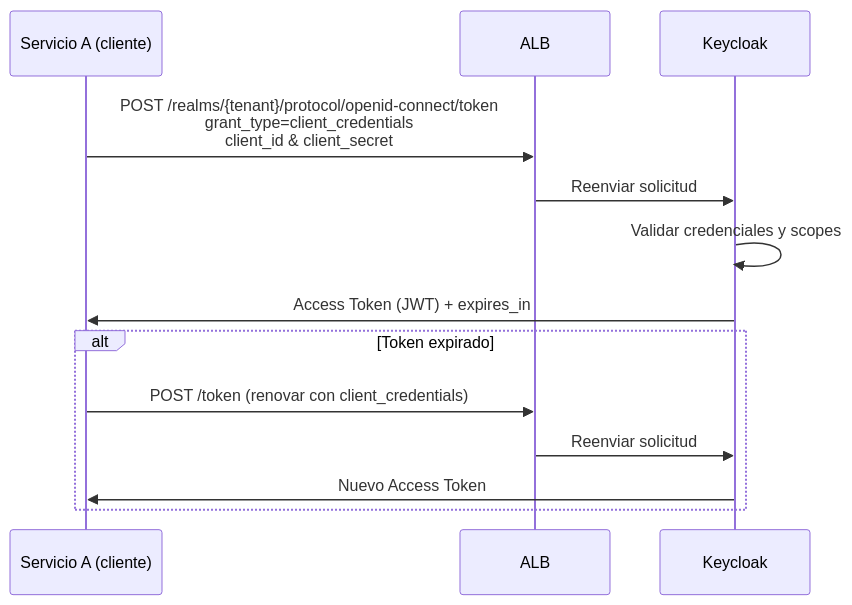
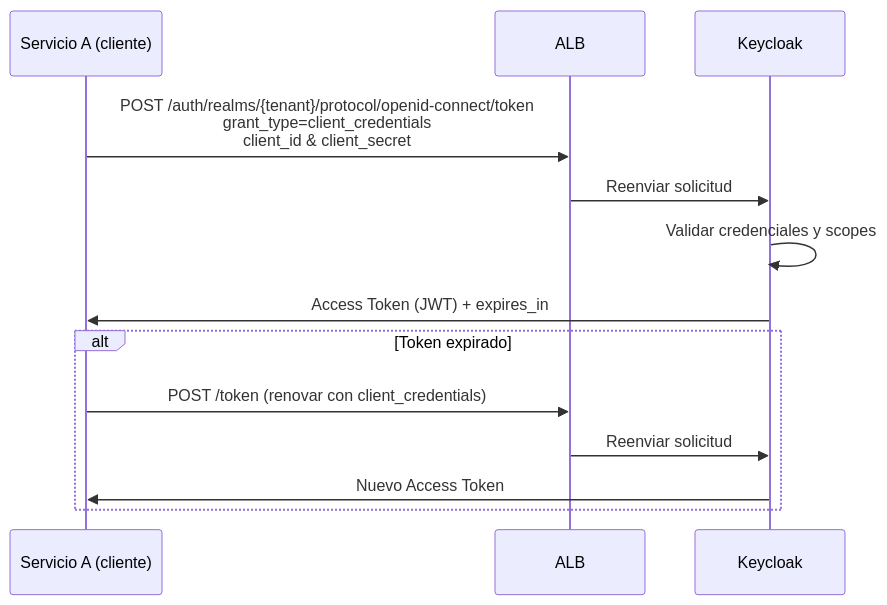
One commit to jclemente-tlm/tlm-doc-architecture changed the third of 3 diagrams in docs/plataforma-corporativa/plataforma-de-integracion/identidad-y-accesos/06-vista-tiempo-ejecucion.md. Above: the diagram before and after it, drawn with Mermaid. The commit also changed other lines of this file and 11 other files, not shown here.

````diff
--- a/docs/plataforma-corporativa/plataforma-de-integracion/identidad-y-accesos/06-vista-tiempo-ejecucion.md
+++ b/docs/plataforma-corporativa/plataforma-de-integracion/identidad-y-accesos/06-vista-tiempo-ejecucion.md
@@ -83,17 +85,17 @@
 ```mermaid
 sequenceDiagram
     participant SvcA as Servicio A (cliente)
     participant ALB as ALB
     participant KC as Keycloak
 
-    SvcA->>ALB: POST /realms/{tenant}/protocol/openid-connect/token<br/>grant_type=client_credentials<br/>client_id & client_secret
+    SvcA->>ALB: POST /auth/realms/{tenant}/protocol/openid-connect/token<br/>grant_type=client_credentials<br/>client_id & client_secret
     ALB->>KC: Reenviar solicitud
     KC->>KC: Validar credenciales y scopes
     KC->>SvcA: Access Token (JWT) + expires_in
 
     alt Token expirado
         SvcA->>ALB: POST /token (renovar con client_credentials)
         ALB->>KC: Reenviar solicitud
         KC->>SvcA: Nuevo Access Token
     end
 ```
````
